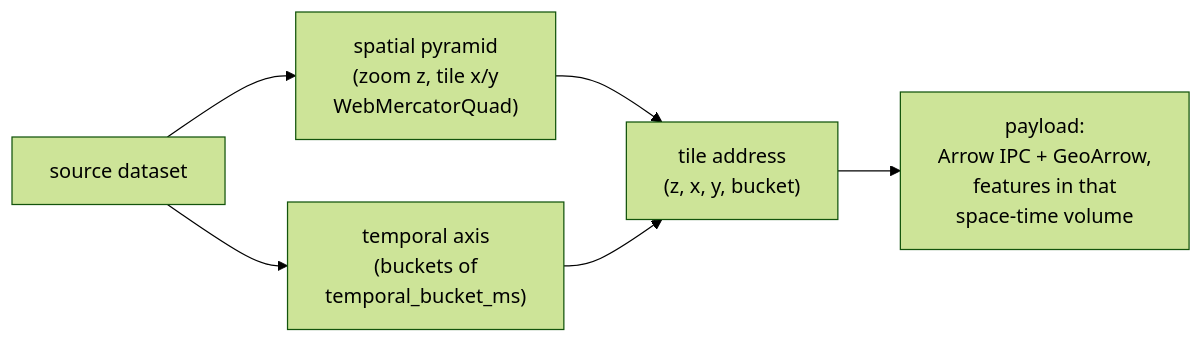
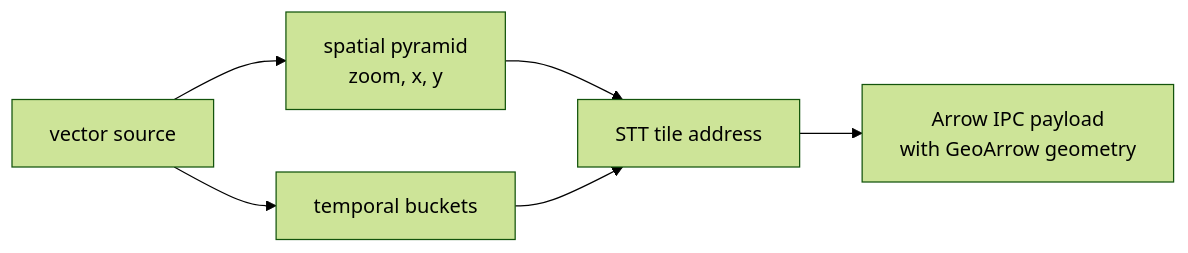
Before and after one commit to BertCh/poopdeck.gl: the diagram in docs/intro/concepts.md, drawn with Mermaid (forest theme). The commit also changed other lines of this file and 268 other files, not shown here.

First line of the commit message:
feat!: node 24 toolchain, the tile-loading audit, launch hardening, and a decode-side temporal contract

````diff
--- a/docs/intro/concepts.md
+++ b/docs/intro/concepts.md
@@ -13,8 +7,8 @@
 ```mermaid
 flowchart LR
-  D["source dataset"] --> Z["spatial pyramid<br/>(zoom z, tile x/y<br/>WebMercatorQuad)"]
-  D --> T["temporal axis<br/>(buckets of<br/>temporal_bucket_ms)"]
-  Z --> A["tile address<br/>(z, x, y, bucket)"]
+  D["vector source"] --> S["spatial pyramid<br/>zoom, x, y"]
+  D --> T["temporal buckets"]
+  S --> A["STT tile address"]
   T --> A
-  A --> P["payload:<br/>Arrow IPC + GeoArrow,<br/>features in that<br/>space-time volume"]
+  A --> P["Arrow IPC payload<br/>with GeoArrow geometry"]
 ```
````
